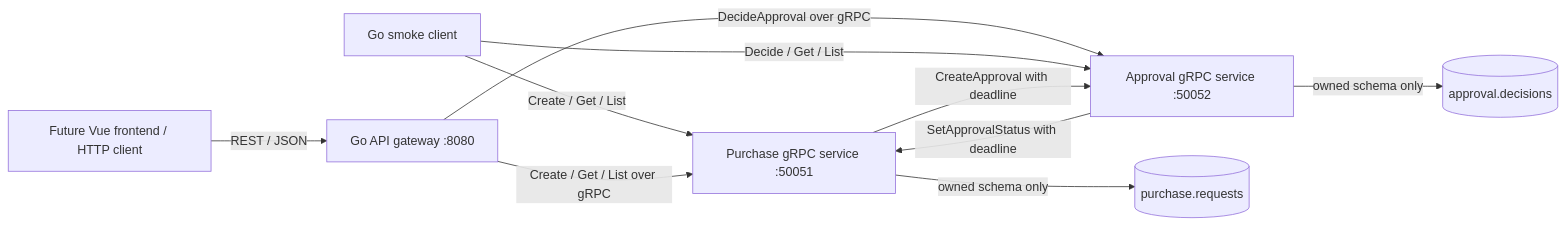
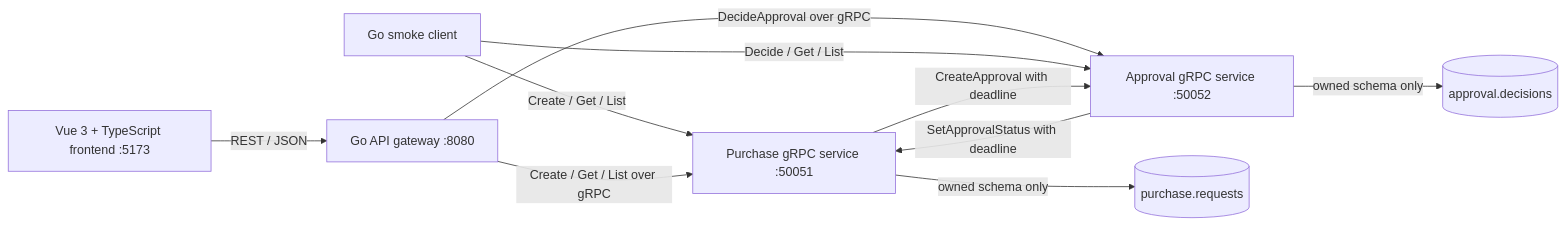
Before and after one commit to Rizvi-07/procureflow-ai: the diagram in docs/architecture.md, drawn with Mermaid. The commit also changed other lines of this file and 23 other files, not shown here.

First line of the commit message:
feat(frontend): build Vue procurement approval dashboard

````diff
--- a/docs/architecture.md
+++ b/docs/architecture.md
@@ -7,12 +7,12 @@
 ```mermaid
 flowchart LR
     Client[Go smoke client] -->|Create / Get / List| Purchase[Purchase gRPC service :50051]
-    Browser[Future Vue frontend / HTTP client] -->|REST / JSON| Gateway[Go API gateway :8080]
+    Browser[Vue 3 + TypeScript frontend :5173] -->|REST / JSON| Gateway[Go API gateway :8080]
     Gateway -->|Create / Get / List over gRPC| Purchase
     Gateway -->|DecideApproval over gRPC| Approval
     Client -->|Decide / Get / List| Approval[Approval gRPC service :50052]
     Purchase -->|CreateApproval with deadline| Approval
     Approval -->|SetApprovalStatus with deadline| Purchase
     Purchase -->|owned schema only| PurchaseStore[(purchase.requests)]
     Approval -->|owned schema only| ApprovalStore[(approval.decisions)]
 ```
````
